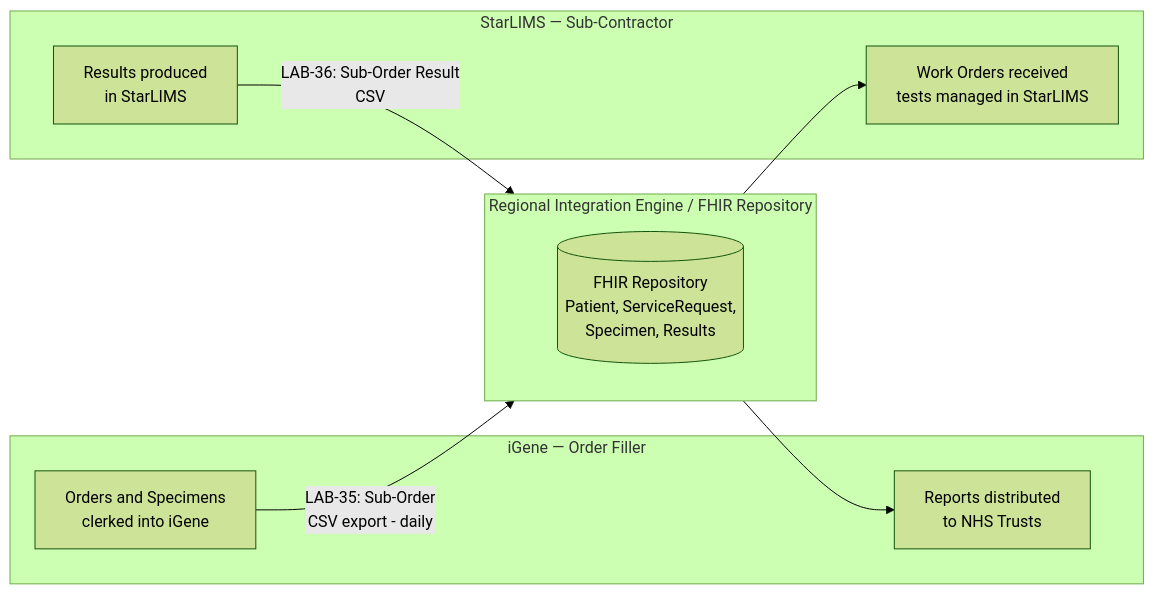
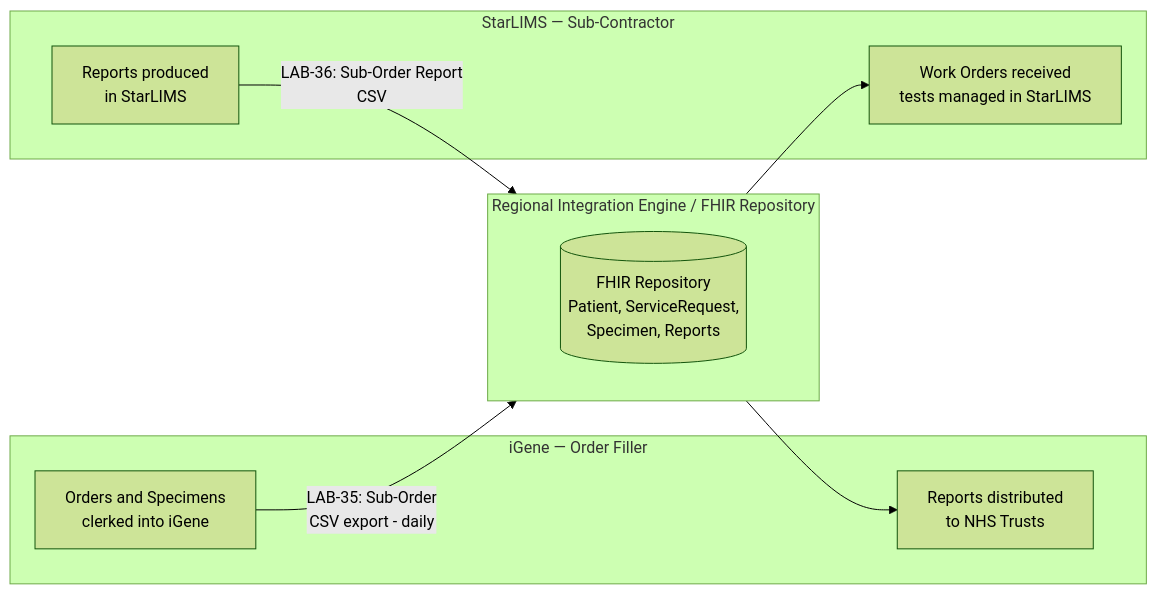
Before and after one commit to nw-gmsa/nw-gmsa.github.com: the second of 4 diagrams in input/pagecontent/starLIMS.md, drawn with Mermaid (forest theme). The commit also changed other lines of this file, not shown here.

````diff
--- a/input/pagecontent/starLIMS.md
+++ b/input/pagecontent/starLIMS.md
@@ -52,21 +95,21 @@
 ```mermaid
 flowchart LR
     subgraph OF["iGene — Order Filler"]
         OF1[Orders and Specimens<br/>clerked into iGene]
         OF2[Reports distributed<br/>to NHS Trusts]
     end
 
     subgraph RIE["Regional Integration Engine / FHIR Repository"]
-        R1[(FHIR Repository<br/>Patient, ServiceRequest,<br/>Specimen, Results)]
+        R1[(FHIR Repository<br/>Patient, ServiceRequest,<br/>Specimen, Reports)]
     end
 
     subgraph SC["StarLIMS — Sub-Contractor"]
         SC1[Work Orders received<br/>tests managed in StarLIMS]
-        SC2[Results produced<br/>in StarLIMS]
+        SC2[Reports produced<br/>in StarLIMS]
     end
 
     OF1 -->|LAB-35: Sub-Order<br/>CSV export - daily| RIE
     RIE --> SC1
-    SC2 -->|LAB-36: Sub-Order Result<br/>CSV| RIE
+    SC2 -->|LAB-36: Sub-Order Report<br/>CSV| RIE
     RIE --> OF2
 ```
````
